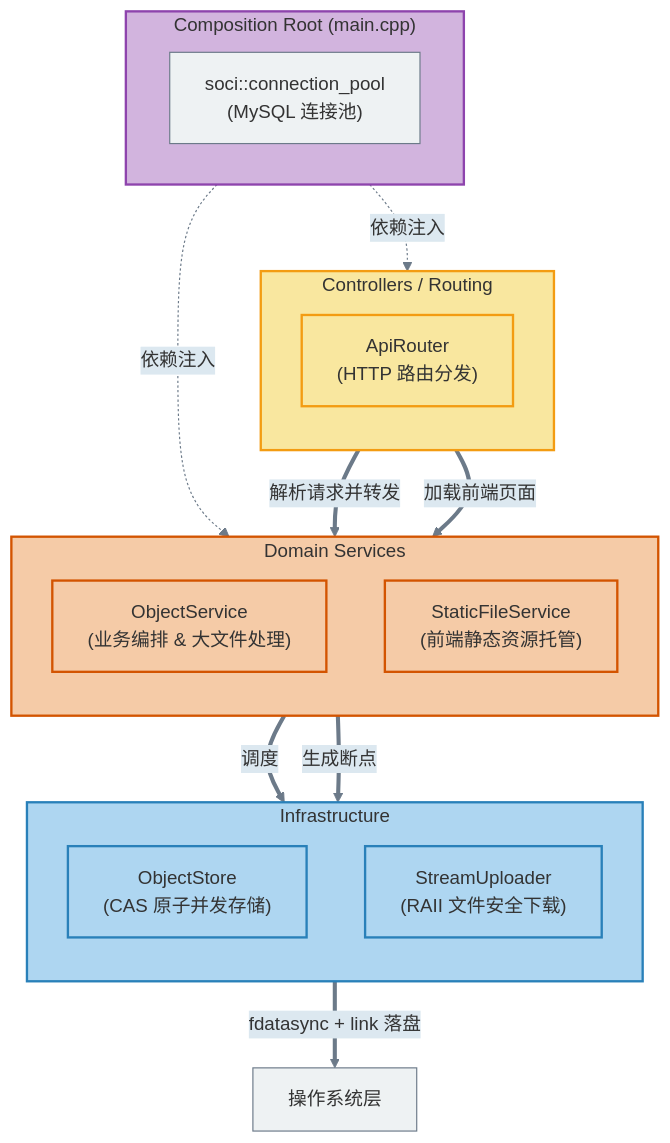
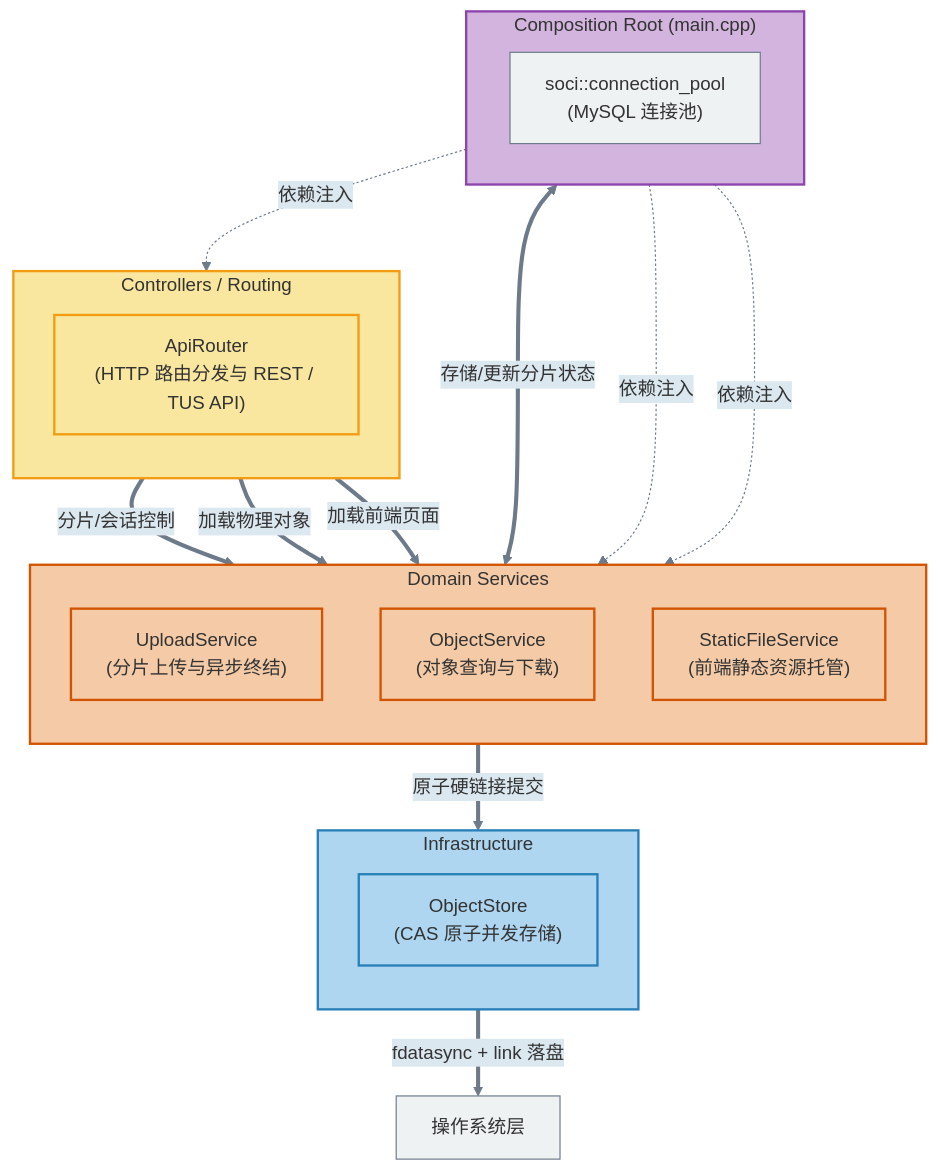
One commit to WenXingming/FileLink changed the diagram in README.md. Above: the diagram before and after it, drawn with Mermaid. The commit also changed other lines of this file and 29 other files, not shown here.

Commit message:
Update：清理文档、StreamUploader，重构项目文件及组织

````diff
--- a/README.md
+++ b/README.md
@@ -101,57 +101,58 @@
 ```mermaid
 %%{init: {
   "theme": "base",
   "themeVariables": {
     "fontFamily": "Inter, Helvetica, sans-serif",
     "fontSize": "16px",
     "primaryColor": "#eef2f3",
     "primaryTextColor": "#333",
     "primaryBorderColor": "#6c7a89",
     "lineColor": "#6c7a89",
     "secondaryColor": "#dce8f0",
     "tertiaryColor": "#fdfdfd"
   }
 }}%%
 
 flowchart TD
   classDef appLayer fill:#f9e79f,stroke:#f39c12,stroke-width:2px,color:#333
   classDef httpLayer fill:#f5cba7,stroke:#d35400,stroke-width:2px,color:#333
   classDef tcpLayer fill:#aed6f1,stroke:#2980b9,stroke-width:2px,color:#333
-  classDef reactorLayer fill:#abebc6,stroke:#27ae60,stroke-width:2px,color:#333
   classDef osLayer fill:#d2b4de,stroke:#8e44ad,stroke-width:2px,color:#333
 
   subgraph DI ["Composition Root (main.cpp)"]
     direction LR
     DatabasePool["soci::connection_pool\n(MySQL 连接池)"]
   end
 
   subgraph Controllers ["Controllers / Routing"]
     direction TB
-    ApiRouter["ApiRouter\n(HTTP 路由分发)"]
+    ApiRouter["ApiRouter\n(HTTP 路由分发与 REST / TUS API)"]
   end
 
   subgraph Services ["Domain Services"]
     direction TB
-    ObjectSrv["ObjectService\n(业务编排 & 大文件处理)"]
+    UploadSrv["UploadService\n(分片上传与异步终结)"]
+    ObjectSrv["ObjectService\n(对象查询与下载)"]
     StaticSrv["StaticFileService\n(前端静态资源托管)"]
   end
 
   subgraph Infrastructure ["Infrastructure"]
     direction TB
     ObjectStore["ObjectStore\n(CAS 原子并发存储)"]
-    StreamUpl["StreamUploader\n(RAII 文件安全下载)"]
   end
 
   DI -.->|依赖注入| ApiRouter
+  DI -.->|依赖注入| UploadSrv
   DI -.->|依赖注入| ObjectSrv
-  ApiRouter ==>|解析请求并转发| ObjectSrv
+  DatabasePool <==>|存储/更新分片状态| UploadSrv
+  ApiRouter ==>|分片/会话控制| UploadSrv
+  ApiRouter ==>|加载物理对象| ObjectSrv
   ApiRouter ==>|加载前端页面| StaticSrv
-  ObjectSrv ==>|调度| ObjectStore
-  ObjectSrv ==>|生成断点| StreamUpl
+  UploadSrv ==>|原子硬链接提交| ObjectStore
   ObjectStore ==>|fdatasync + link 落盘| OS["操作系统层"]
 
   class Controllers,ApiRouter appLayer
-  class Services,ObjectSrv,StaticSrv httpLayer
-  class Infrastructure,ObjectStore,StreamUpl tcpLayer
+  class Services,UploadSrv,ObjectSrv,StaticSrv httpLayer
+  class Infrastructure,ObjectStore tcpLayer
   class DI osLayer
 ```
````
